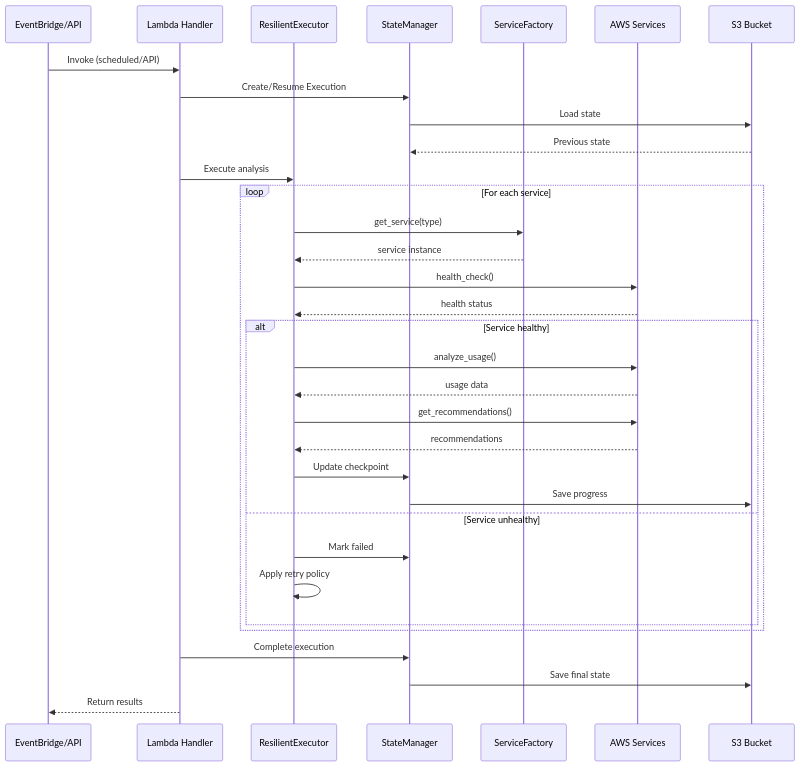
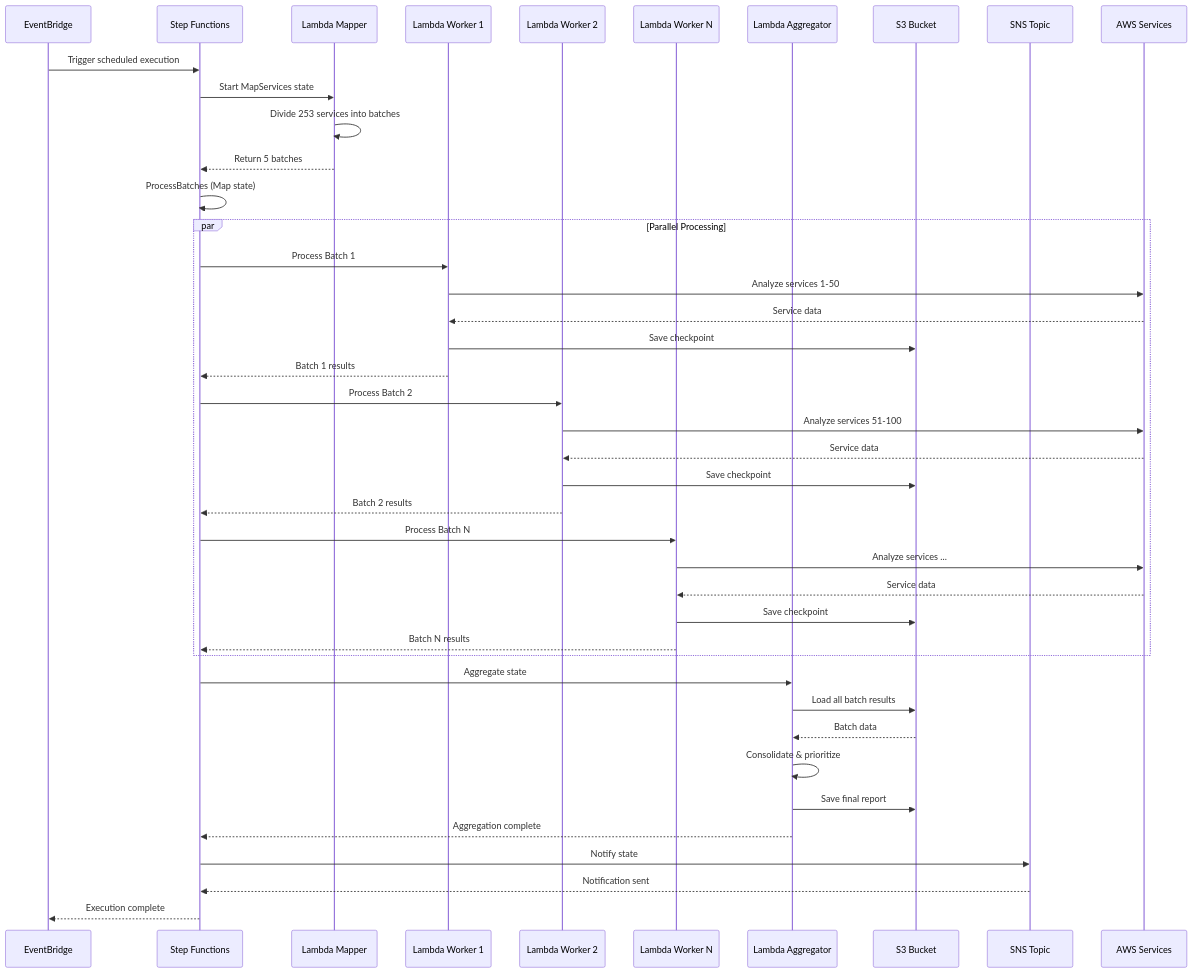
The eighth of 9 diagrams in docs/TECHNICAL_GUIDE.md (FELIPEACASTRO/finops-aws-bdr), drawn with Mermaid before and after one commit. The commit also changed other lines of this file and 6 other files, not shown here.

````diff
--- a/docs/TECHNICAL_GUIDE.md
+++ b/docs/TECHNICAL_GUIDE.md
@@ -509,43 +2368,52 @@
 ```mermaid
 sequenceDiagram
-    participant Trigger as EventBridge/API
-    participant Lambda as Lambda Handler
-    participant Executor as ResilientExecutor
-    participant State as StateManager
-    participant Factory as ServiceFactory
-    participant Services as AWS Services
+    participant EB as EventBridge
+    participant SF as Step Functions
+    participant MAP as Lambda Mapper
+    participant W1 as Lambda Worker 1
+    participant W2 as Lambda Worker 2
+    participant W3 as Lambda Worker N
+    participant AGG as Lambda Aggregator
     participant S3 as S3 Bucket
+    participant SNS as SNS Topic
+    participant AWS as AWS Services
     
-    Trigger->>Lambda: Invoke (scheduled/API)
-    Lambda->>State: Create/Resume Execution
-    State->>S3: Load state
-    S3-->>State: Previous state
+    EB->>SF: Trigger scheduled execution
+    SF->>MAP: Start MapServices state
+    MAP->>MAP: Divide 253 services into batches
+    MAP-->>SF: Return 5 batches
     
-    Lambda->>Executor: Execute analysis
+    SF->>SF: ProcessBatches (Map state)
     
-    loop For each service
-        Executor->>Factory: get_service(type)
-        Factory-->>Executor: service instance
+    par Parallel Processing
+        SF->>W1: Process Batch 1
+        W1->>AWS: Analyze services 1-50
+        AWS-->>W1: Service data
+        W1->>S3: Save checkpoint
+        W1-->>SF: Batch 1 results
         
-        Executor->>Services: health_check()
-        Services-->>Executor: health status
+        SF->>W2: Process Batch 2
+        W2->>AWS: Analyze services 51-100
+        AWS-->>W2: Service data
+        W2->>S3: Save checkpoint
+        W2-->>SF: Batch 2 results
         
-        alt Service healthy
-            Executor->>Services: analyze_usage()
-            Services-->>Executor: usage data
-            
-            Executor->>Services: get_recommendations()
-            Services-->>Executor: recommendations
-            
-            Executor->>State: Update checkpoint
-            State->>S3: Save progress
-        else Service unhealthy
-            Executor->>State: Mark failed
-            Executor->>Executor: Apply retry policy
-        end
+        SF->>W3: Process Batch N
+        W3->>AWS: Analyze services ...
+        AWS-->>W3: Service data
+        W3->>S3: Save checkpoint
+        W3-->>SF: Batch N results
     end
     
-    Lambda->>State: Complete execution
-    State->>S3: Save final state
-    Lambda-->>Trigger: Return results
+    SF->>AGG: Aggregate state
+    AGG->>S3: Load all batch results
+    S3-->>AGG: Batch data
+    AGG->>AGG: Consolidate & prioritize
+    AGG->>S3: Save final report
+    AGG-->>SF: Aggregation complete
+    
+    SF->>SNS: Notify state
+    SNS-->>SF: Notification sent
+    
+    SF-->>EB: Execution complete
 ```
````
